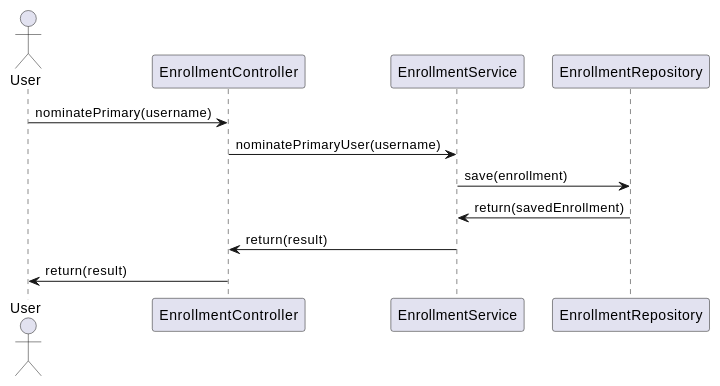
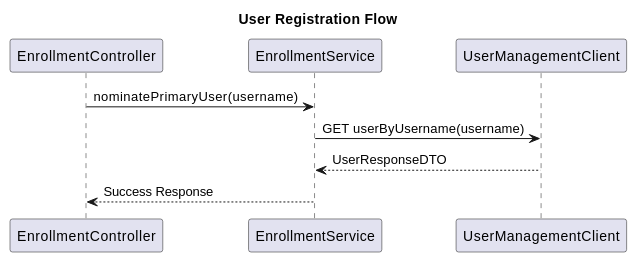
Before and after one commit to Dinesh-s95/AutoDoc.ai: the first of 5 diagrams in enrollment/documentation/detaileddesign.adoc, drawn with PlantUML. The commit also changed other lines of this file and 23 other files, not shown here.

```diff
--- a/enrollment/documentation/detaileddesign.adoc
+++ b/enrollment/documentation/detaileddesign.adoc
@@ -106,16 +114,9 @@
-[plantuml, sequence-user-registration, png]
-....
-@startuml
-actor User
-participant "EnrollmentController" as EC
-participant "EnrollmentService" as ES
-participant "EnrollmentRepository" as ER
+[plantuml, runtime-sequence]
+----
+title User Registration Flow
 
-User -> EC : nominatePrimary(username)
-EC -> ES : nominatePrimaryUser(username)
-ES -> ER : save(enrollment)
-ER -> ES : return(savedEnrollment)
-ES -> EC : return(result)
-EC -> User : return(result)
-@enduml
-....
+EnrollmentController -> EnrollmentService: nominatePrimaryUser(username)
+EnrollmentService -> UserManagementClient: GET userByUsername(username)
+UserManagementClient --> EnrollmentService: UserResponseDTO
+EnrollmentService --> EnrollmentController: Success Response
+----
```
